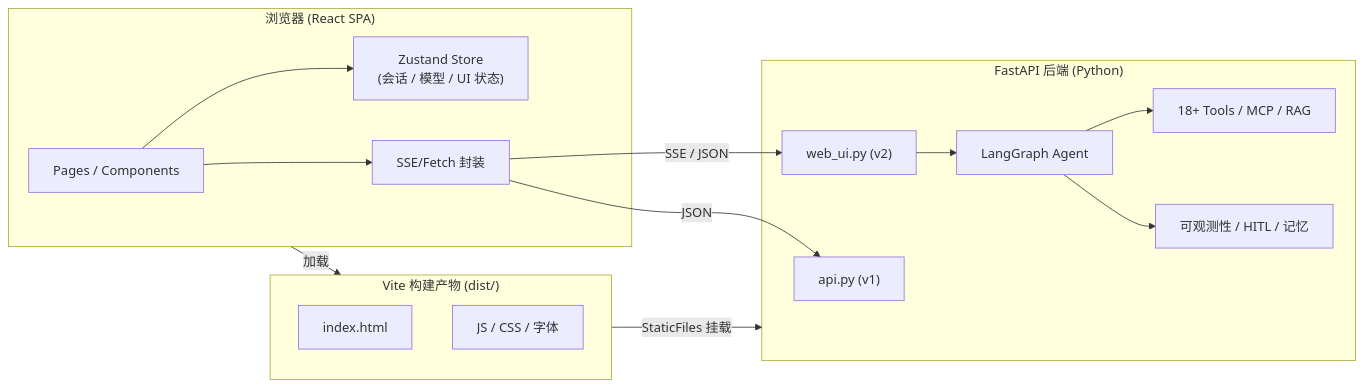
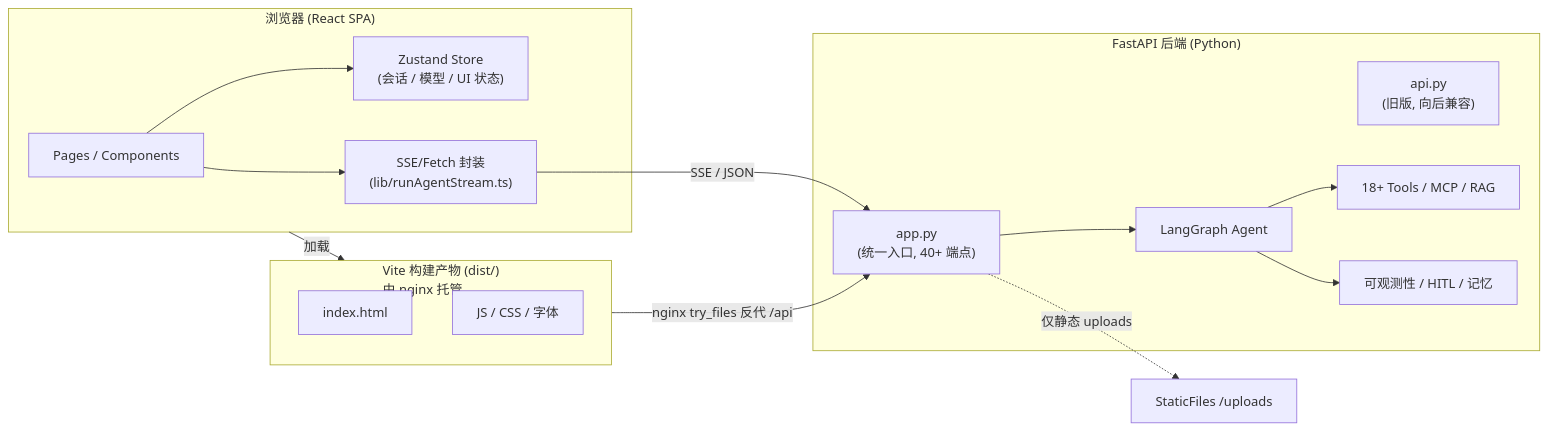
The first of 2 diagrams in .trae/documents/TECHNICAL_ARCHITECTURE.md (colbertlee/langChain_langGraph), drawn with Mermaid before and after one commit. The commit also changed other lines of this file and 24 other files, not shown here.

````diff
--- a/.trae/documents/TECHNICAL_ARCHITECTURE.md
+++ b/.trae/documents/TECHNICAL_ARCHITECTURE.md
@@ -7,31 +10,31 @@
 ```mermaid
 flowchart LR
     subgraph Browser["浏览器 (React SPA)"]
         UI["Pages / Components"]
         Store["Zustand Store<br/>(会话 / 模型 / UI 状态)"]
-        SSEClient["SSE/Fetch 封装"]
+        SSEClient["SSE/Fetch 封装<br/>(lib/runAgentStream.ts)"]
     end
 
-    subgraph FEBuild["Vite 构建产物 (dist/)"]
+    subgraph FEBuild["Vite 构建产物 (dist/)<br/>由 nginx 托管"]
         HTML["index.html"]
         Assets["JS / CSS / 字体"]
     end
 
     subgraph BE["FastAPI 后端 (Python)"]
-        API["api.py (v1)"]
-        WebUI["web_ui.py (v2)"]
+        App["app.py<br/>(统一入口, 40+ 端点)"]
+        Legacy["api.py<br/>(旧版, 向后兼容)"]
         Agent["LangGraph Agent"]
         Tools["18+ Tools / MCP / RAG"]
         Obs["可观测性 / HITL / 记忆"]
     end
 
     UI --> Store
     UI --> SSEClient
-    SSEClient -- "SSE / JSON" --> WebUI
-    SSEClient -- "JSON" --> API
-    WebUI --> Agent
+    SSEClient -- "SSE / JSON" --> App
+    App --> Agent
     Agent --> Tools
     Agent --> Obs
-    FEBuild -- "StaticFiles 挂载" --> BE
+    App -.->|"仅静态 uploads"| Static["StaticFiles /uploads"]
+    FEBuild -- "nginx try_files 反代 /api" --> App
     Browser -- "加载" --> FEBuild
 ```
````
